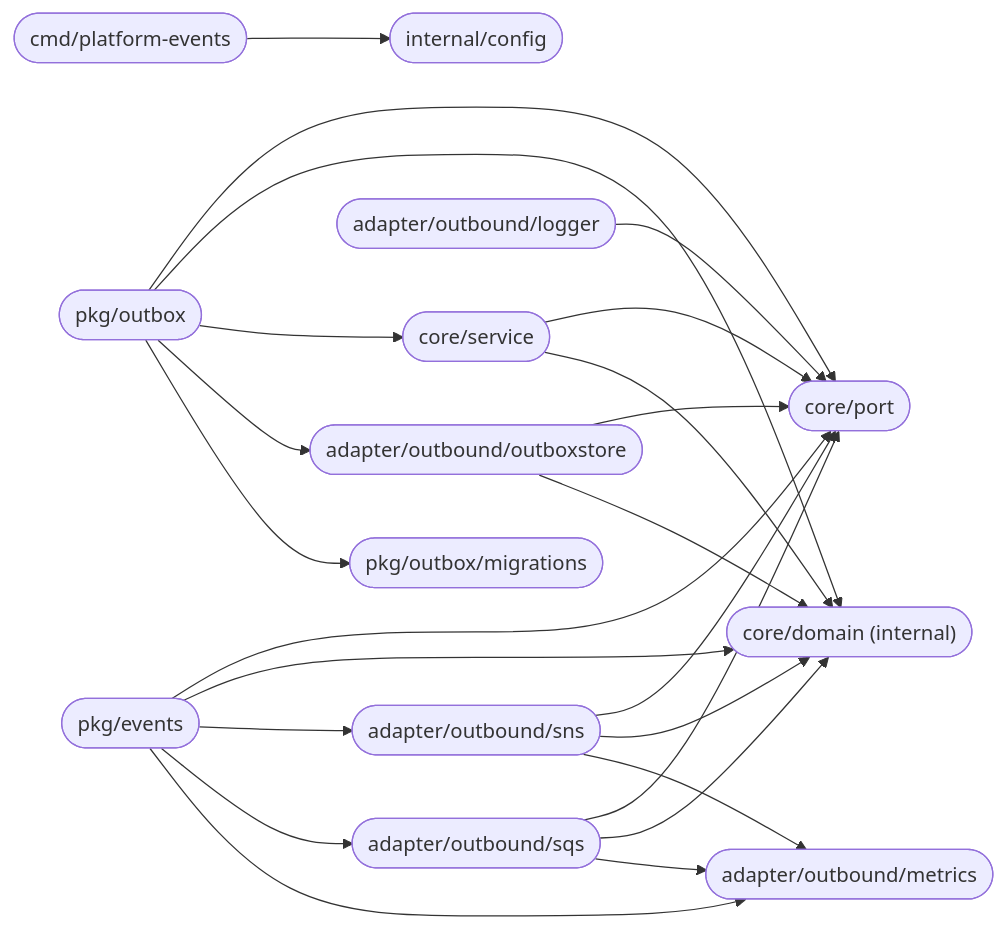
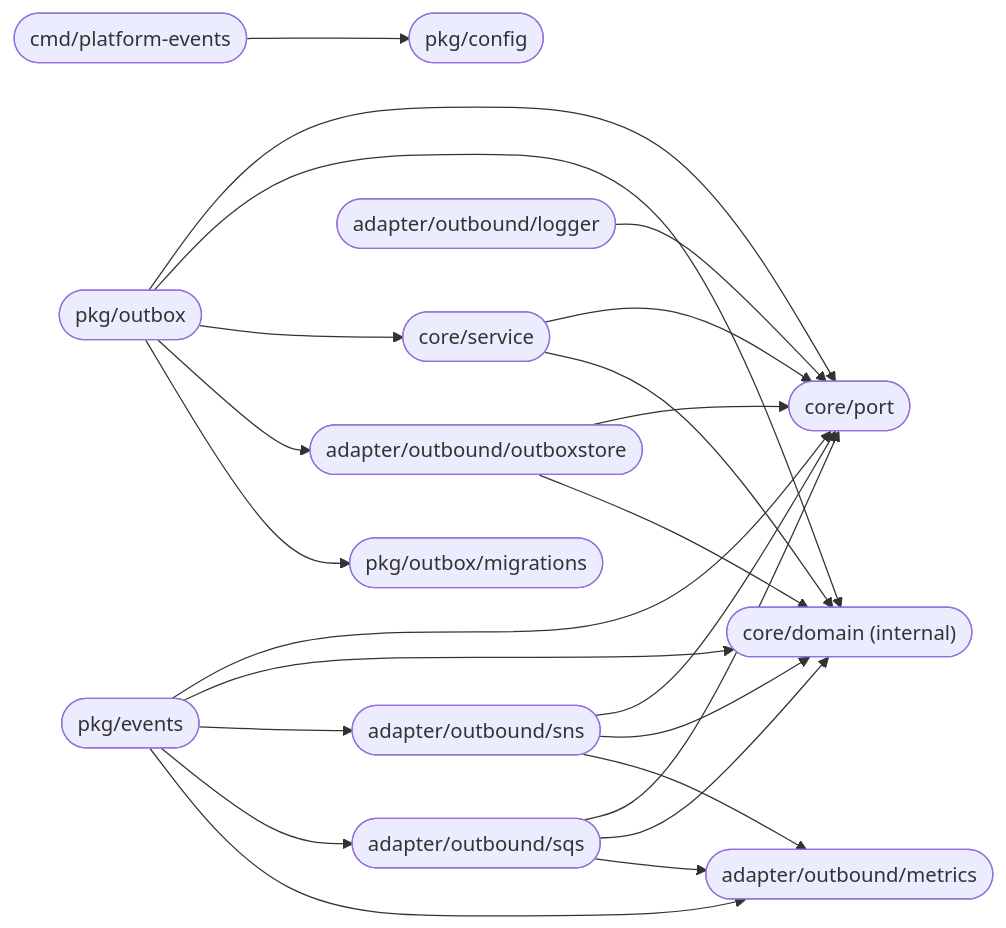
One commit to BCBP-SOLUTIONS-FZC-LLC/platform-events changed the diagram in docs/architecture/mermaid/package-dependencies.mmd. Above: the diagram before and after it, drawn with Mermaid. The commit also changed 63 other files, not shown here.

```diff
--- a/docs/architecture/mermaid/package-dependencies.mmd
+++ b/docs/architecture/mermaid/package-dependencies.mmd
@@ -1,37 +1,37 @@
 graph LR
     cmd(["cmd/platform-events"])
     events_pkg(["pkg/events"])
     outbox_pkg(["pkg/outbox"])
     sns(["adapter/outbound/sns"])
     sqs(["adapter/outbound/sqs"])
     outboxstore(["adapter/outbound/outboxstore"])
     metrics(["adapter/outbound/metrics"])
     logger(["adapter/outbound/logger"])
     service(["core/service"])
     port(["core/port"])
     domain(["core/domain  (internal)"])
-    config(["internal/config"])
+    config(["pkg/config"])
     migs(["pkg/outbox/migrations"])
 
     cmd          --> config
     events_pkg   --> port
     events_pkg   --> domain
     events_pkg   --> sns
     events_pkg   --> sqs
     events_pkg   --> metrics
     outbox_pkg   --> port
     outbox_pkg   --> domain
     outbox_pkg   --> service
     outbox_pkg   --> outboxstore
     outbox_pkg   --> migs
     sns          --> port
     sns          --> domain
     sns          --> metrics
     sqs          --> port
     sqs          --> domain
     sqs          --> metrics
     outboxstore  --> port
     outboxstore  --> domain
     logger       --> port
     service      --> port
     service      --> domain
```
